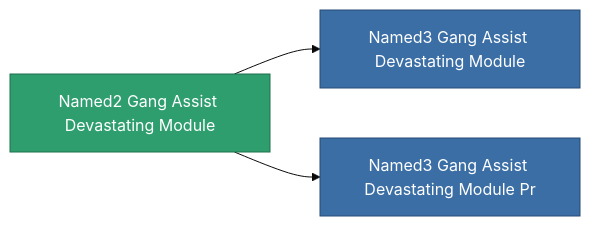
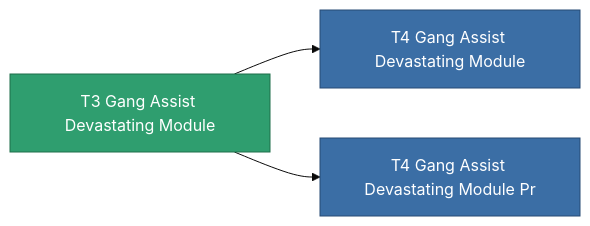
The diagram in content/content/items/named2_gang_assist_devastating_module.md (OpenPerpetuum/Wiki), drawn with Mermaid (base theme) before and after one commit. The commit also changed other lines of this file and 4904 other files, not shown here.

````diff
--- a/content/content/items/named2_gang_assist_devastating_module.md
+++ b/content/content/items/named2_gang_assist_devastating_module.md
@@ -63,13 +49,13 @@
 ```mermaid
 graph LR
-    a["Named2 Gang Assist Devastating Module"]:::current
-    b["Named3 Gang Assist Devastating Module"]:::prod
+    a["T3 Gang Assist Devastating Module"]:::current
+    b["T4 Gang Assist Devastating Module"]:::prod
     a --> b
-    click b "/content/items/named3-gang-assist-devastating-module/" "Named3 Gang Assist Devastating Module"
-    c["Named3 Gang Assist Devastating Module Pr"]:::prod
+    click b "/content/items/named3-gang-assist-devastating-module/" "T4 Gang Assist Devastating Module"
+    c["T4 Gang Assist Devastating Module Pr"]:::prod
     a --> c
-    click c "/content/items/named3-gang-assist-devastating-module-pr/" "Named3 Gang Assist Devastating Module Pr"
+    click c "/content/items/named3-gang-assist-devastating-module-pr/" "T4 Gang Assist Devastating Module Pr"
     classDef current fill:#2f9e6f,stroke:#1f6f4a,color:#ffffff
     classDef prod fill:#3b6ea5,stroke:#274a75,color:#ffffff
     classDef more fill:#39445a,stroke:#54658a,color:#d5dbe8
 ```
````
